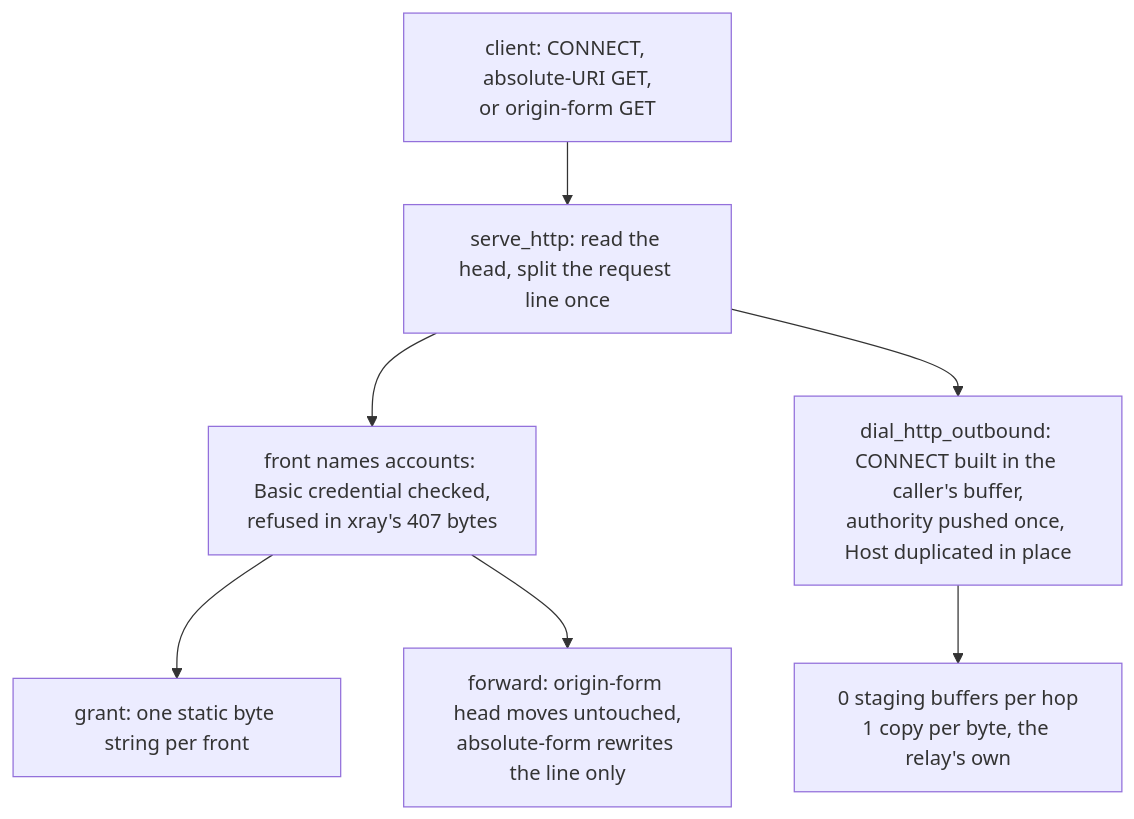
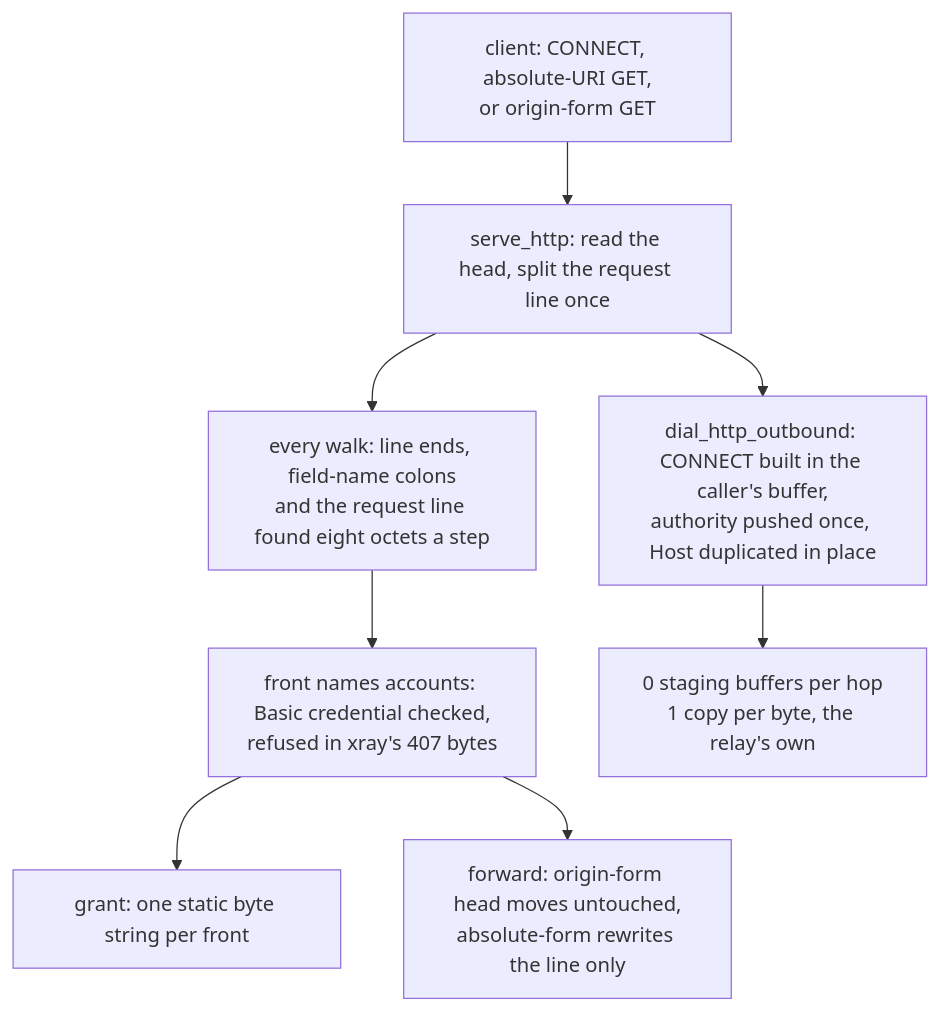
Before and after one commit to Ferrocite/ferrox: the diagram in docs/function/http-proxy.md, drawn with Mermaid. The commit also changed other lines of this file and 6 other files, not shown here.

First line of the commit message:
http: find a head's line ends eight octets a step

````diff
--- a/docs/function/http-proxy.md
+++ b/docs/function/http-proxy.md
@@ -9,9 +11,10 @@
 ```mermaid
 graph TD
     C["client: CONNECT, absolute-URI GET,<br/>or origin-form GET"] --> S["serve_http: read the head, split the request line once"]
-    S --> A["front names accounts: Basic credential checked,<br/>refused in xray's 407 bytes"]
+    S --> W["every walk: line ends, field-name colons<br/>and the request line found eight octets a step"]
+    W --> A["front names accounts: Basic credential checked,<br/>refused in xray's 407 bytes"]
     A --> G["grant: one static byte string per front"]
     A --> O["forward: origin-form head moves untouched,<br/>absolute-form rewrites the line only"]
     S --> X["dial_http_outbound: CONNECT built in the caller's buffer,<br/>authority pushed once, Host duplicated in place"]
     X --> Z["0 staging buffers per hop<br/>1 copy per byte, the relay's own"]
 ```
````
